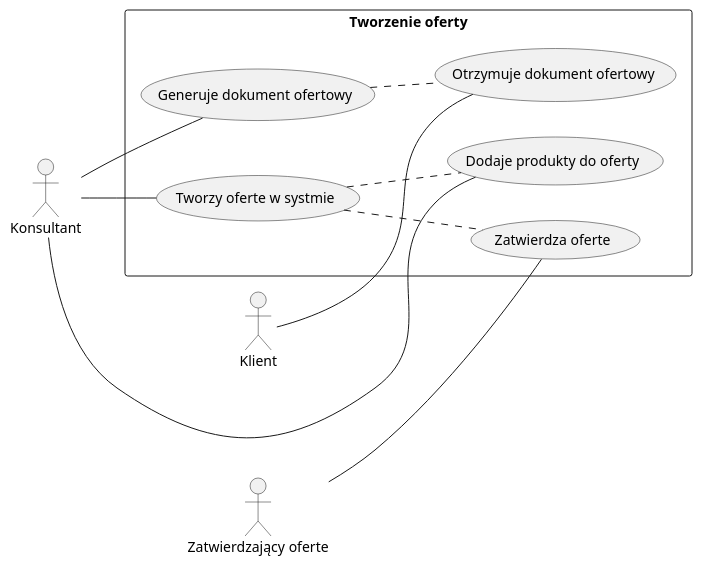
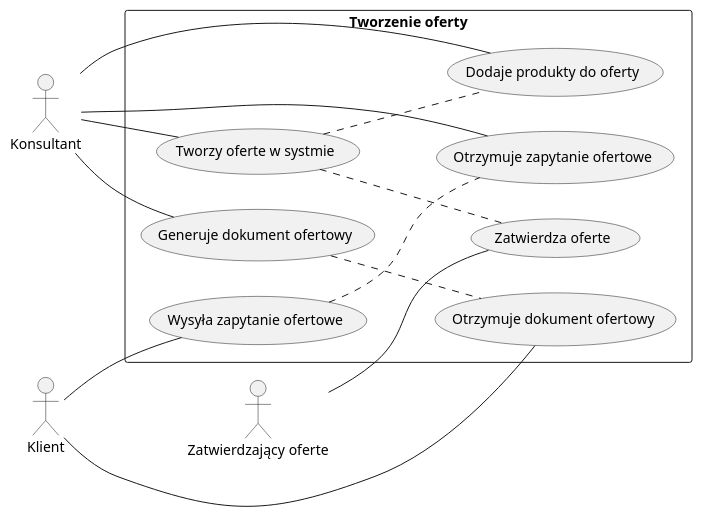
Before and after one commit to pixellos/Agh.5.Psi: the fourth of 15 diagrams in src/Projekt systemu.md, drawn with PlantUML. The commit also changed other lines of this file, not shown here.

````diff
--- a/src/Projekt systemu.md
+++ b/src/Projekt systemu.md
@@ -1201,19 +1072,23 @@
-```plantuml test
+```plantuml 2.1.2.2
 @startuml
 left to right direction
 skinparam packageStyle rectangle
 actor Konsultant
 actor Klient
 actor :Zatwierdzający oferte:
 rectangle "Tworzenie oferty" {
-  (Tworzy oferte w systmie) .. (Dodaje produkty do oferty)
-  (Tworzy oferte w systmie) .. (Zatwierdza oferte)
-  (Generuje dokument ofertowy) .. (Otrzymuje dokument ofertowy)
+  :Zatwierdzający oferte: -- (Zatwierdza oferte)
+  Klient -- (Wysyła zapytanie ofertowe)
+  Konsultant -- (Otrzymuje zapytanie ofertowe)
   Konsultant -- (Tworzy oferte w systmie)
   Konsultant -- (Dodaje produkty do oferty)
   Konsultant -- (Generuje dokument ofertowy)
   Klient -- (Otrzymuje dokument ofertowy)
-  :Zatwierdzający oferte: -- (Zatwierdza oferte)
+  (Tworzy oferte w systmie) .. (Dodaje produkty do oferty)
+  (Tworzy oferte w systmie) .. (Zatwierdza oferte)
+  (Generuje dokument ofertowy) .. (Otrzymuje dokument ofertowy)
+  (Wysyła zapytanie ofertowe) ..  (Otrzymuje zapytanie ofertowe)
+
 }
 @enduml
 ```
````
